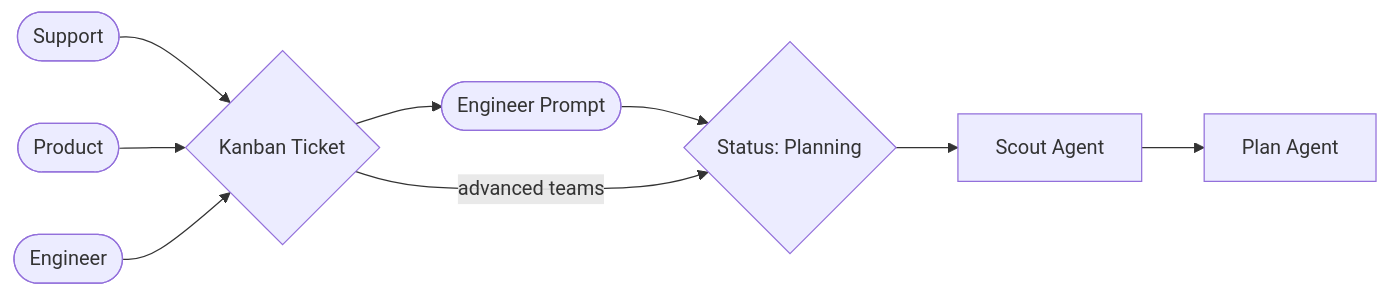
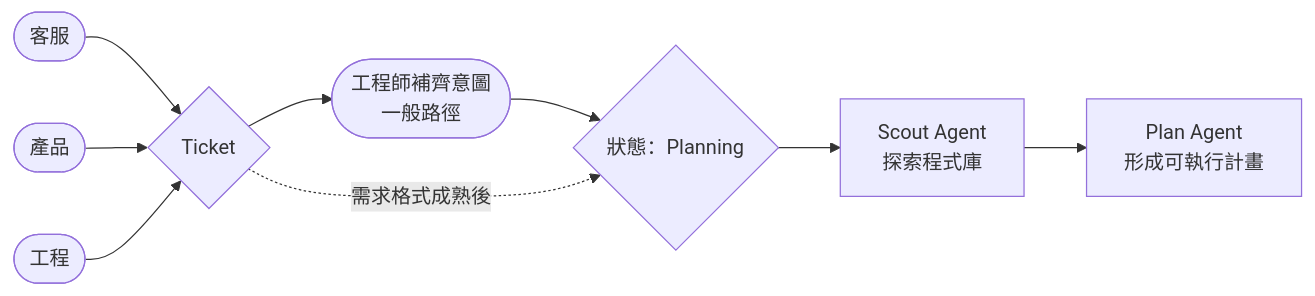
One commit to shaun-agent/agentic-coding-development-toolkit changed the eighth of 11 diagrams in README.md. Above: the diagram before and after it, drawn with Mermaid. The commit also changed other lines of this file and 1 other file, not shown here.

````diff
--- a/README.md
+++ b/README.md
@@ -320,18 +169,18 @@
 ```mermaid
 flowchart LR
-    s10_support_human(["Support"])
-    s10_product_human(["Product"])
-    s10_engineer_human(["Engineer"])
-    s10_ticket_code{"Kanban Ticket"}
-    s10_prompt_human(["Engineer Prompt"])
-    s10_planning_code{"Status: Planning"}
-    s10_scout_agent["Scout Agent"]
-    s10_plan_agent["Plan Agent"]
+    support(["客服"])
+    product(["產品"])
+    engineer(["工程"])
+    ticket{"Ticket"}
+    clarify(["工程師補齊意圖<br/>一般路徑"])
+    planning{"狀態：Planning"}
+    scout["Scout Agent<br/>探索程式庫"]
+    plan["Plan Agent<br/>形成可執行計畫"]
 
-    s10_support_human --> s10_ticket_code
-    s10_product_human --> s10_ticket_code
-    s10_engineer_human --> s10_ticket_code
-    s10_ticket_code --> s10_prompt_human --> s10_planning_code
-    s10_ticket_code -->|advanced teams| s10_planning_code
-    s10_planning_code --> s10_scout_agent --> s10_plan_agent
+    support --> ticket
+    product --> ticket
+    engineer --> ticket
+    ticket --> clarify --> planning
+    ticket -.需求格式成熟後.-> planning
+    planning --> scout --> plan
 ```
````
